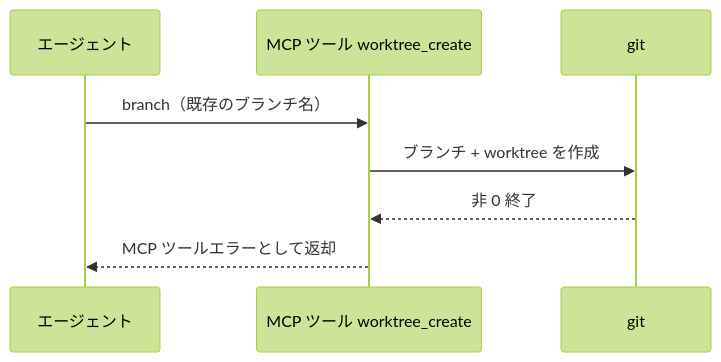
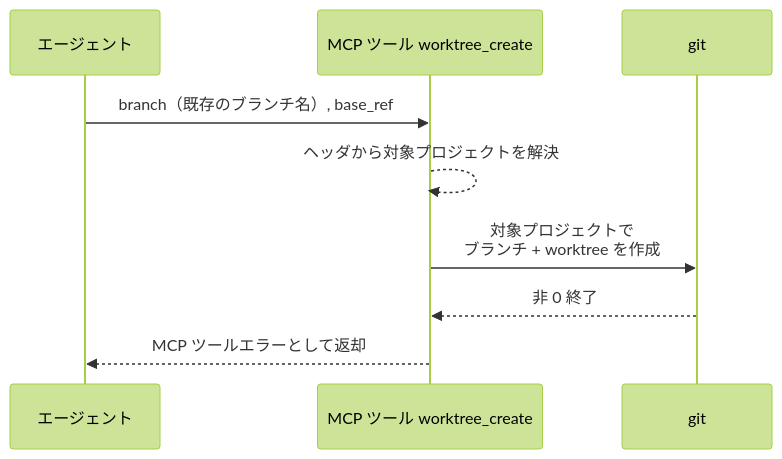
One commit to shuhei1101/ai-monitor changed the third of 4 diagrams in docs/wiki/設計図/バックエンド結合/worktree作成.py.md. Above: the diagram before and after it, drawn with Mermaid (forest theme). The commit also changed other lines of this file and 12 other files, not shown here.

````diff
--- a/docs/wiki/設計図/バックエンド結合/worktree作成.py.md
+++ b/docs/wiki/設計図/バックエンド結合/worktree作成.py.md
@@ -129,11 +143,12 @@
 ```mermaid
 sequenceDiagram
   participant A as エージェント
   participant T as MCP ツール worktree_create
   participant G as git
 
-  A->>T: branch（既存のブランチ名）
-  T->>G: ブランチ + worktree を作成
+  A->>T: branch（既存のブランチ名）, base_ref
+  T-->>T: ヘッダから対象プロジェクトを解決
+  T->>G: 対象プロジェクトで<br>ブランチ + worktree を作成
   G-->>T: 非 0 終了
   T-->>A: MCP ツールエラーとして返却
 ```
````
